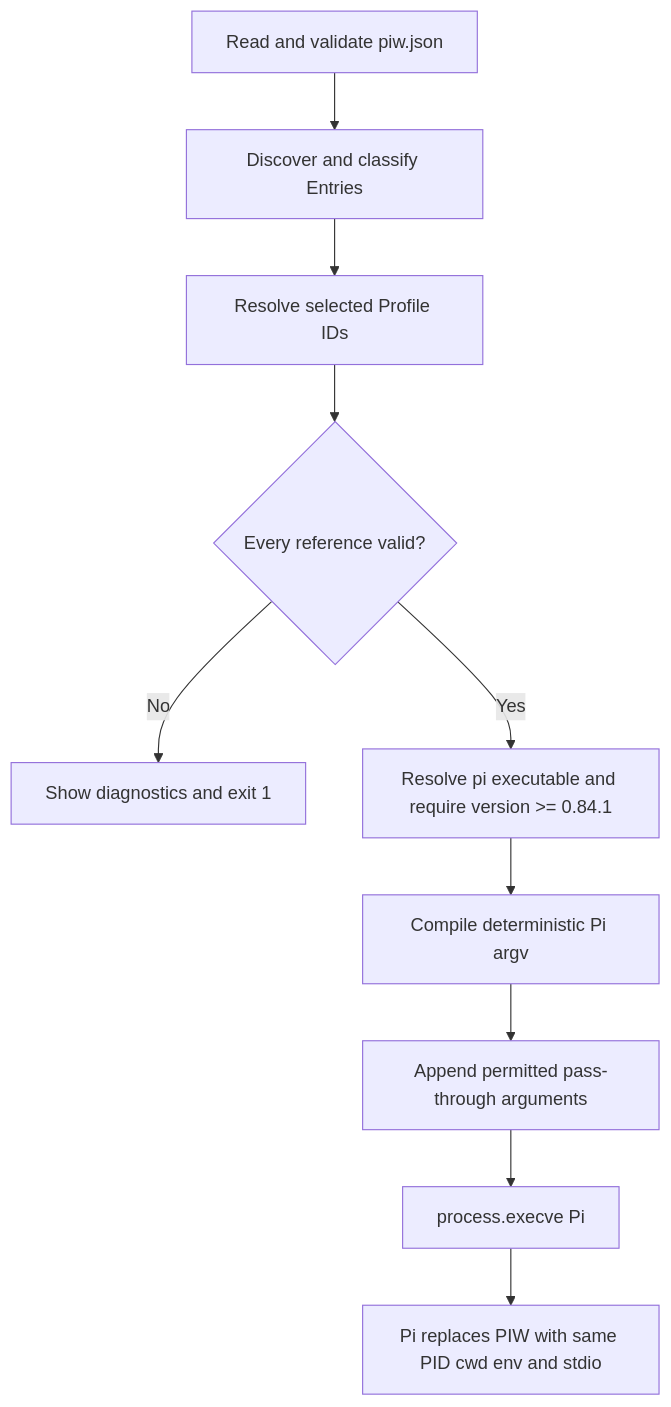
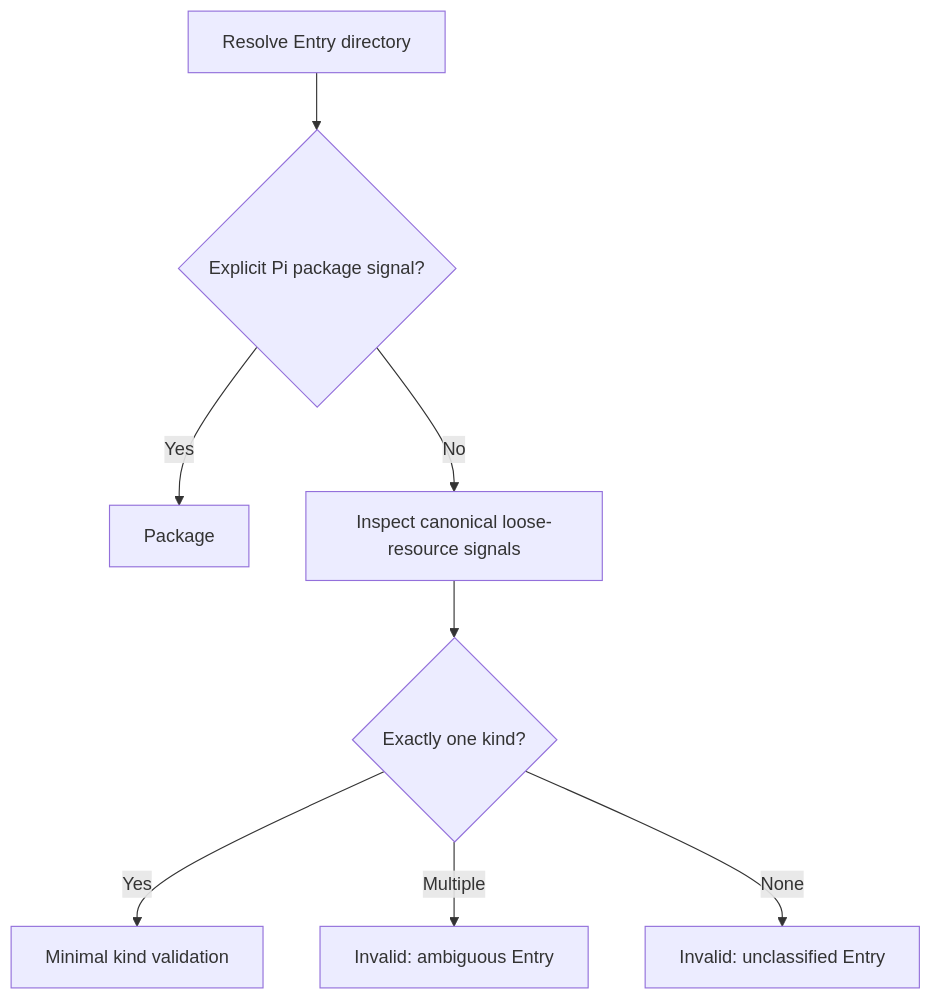
Before and after one commit to SCPZ24/piw: the second of 3 diagrams in docs/RPD.md, drawn with Mermaid. The commit also changed other lines of this file and 22 other files, not shown here.

````diff
--- a/docs/RPD.md
+++ b/docs/RPD.md
@@ -535,12 +180,10 @@
 ```mermaid
 flowchart TD
-    A[Read and validate piw.json] --> B[Discover and classify Entries]
-    B --> C[Resolve selected Profile IDs]
-    C --> D{Every reference valid?}
-    D -- No --> E[Show diagnostics and exit 1]
-    D -- Yes --> F[Resolve pi executable and require version >= 0.84.1]
-    F --> G[Compile deterministic Pi argv]
-    G --> H[Append permitted pass-through arguments]
-    H --> I[process.execve Pi]
-    I --> J[Pi replaces PIW with same PID cwd env and stdio]
+    Resolve[Resolve Entry directory] --> Package{Explicit Pi package signal?}
+    Package -- Yes --> P[Package]
+    Package -- No --> Loose[Inspect canonical loose-resource signals]
+    Loose --> Count{Exactly one kind?}
+    Count -- Yes --> Basic[Minimal kind validation]
+    Count -- Multiple --> Ambiguous[Invalid: ambiguous Entry]
+    Count -- None --> Unclassified[Invalid: unclassified Entry]
 ```
````
